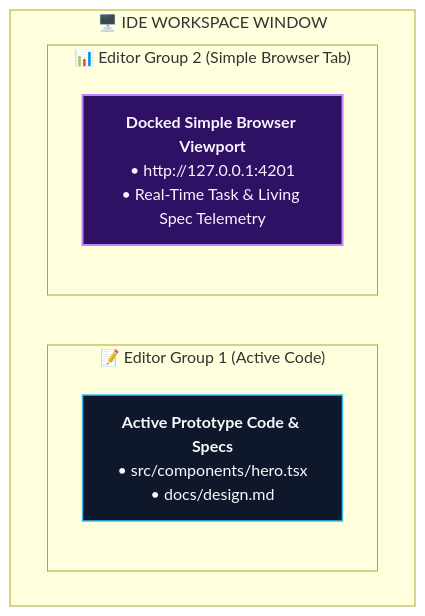
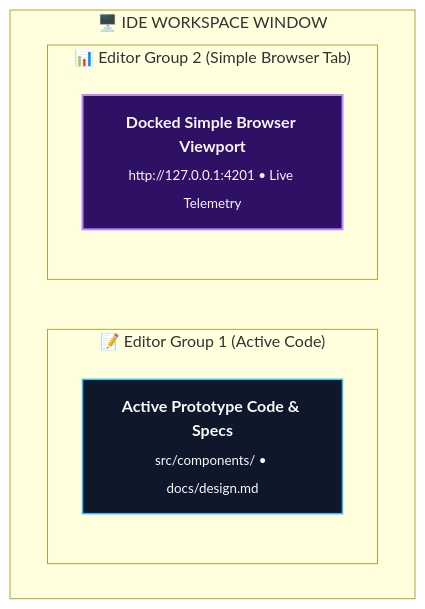
The third of 4 diagrams in Vibe-Coding-Chandan-Adhikary/Vibe-Coding/Project-Manager-Dashboard/README.md (rmsofficialsyt/Agentic-AI-Vibe-Coding-AND-SDD-TDD-Codebase-Chandan-Adhikary), drawn with Mermaid before and after one commit. The commit also changed other lines of this file and 14 other files, not shown here.

Commit message:
docs: standardize diagram card sizes, layouts, and UI sizing scale across frameworks

````diff
--- a/Vibe-Coding-Chandan-Adhikary/Vibe-Coding/Project-Manager-Dashboard/README.md
+++ b/Vibe-Coding-Chandan-Adhikary/Vibe-Coding/Project-Manager-Dashboard/README.md
@@ -102,15 +102,15 @@
 ```mermaid
 flowchart TD
     classDef code fill:#0f172a,stroke:#38bdf8,stroke-width:1.5px,color:#f8fafc;
     classDef dash fill:#2e1065,stroke:#c084fc,stroke-width:2px,color:#faf5ff;
 
     subgraph IDEWindow ["🖥️ IDE WORKSPACE WINDOW"]
         direction LR
         subgraph Col1 ["📝 Editor Group 1 (Active Code)"]
-            Code["<b>Active Prototype Code & Specs</b><br/>• src/components/hero.tsx<br/>• docs/design.md"]:::code
+            Code["<b>Active Prototype Code & Specs</b><br/><sub>src/components/ • docs/design.md</sub>"]:::code
         end
         subgraph Col2 ["📊 Editor Group 2 (Simple Browser Tab)"]
-            Dash["<b>Docked Simple Browser Viewport</b><br/>• http://127.0.0.1:4201<br/>• Real-Time Task & Living Spec Telemetry"]:::dash
+            Dash["<b>Docked Simple Browser Viewport</b><br/><sub>http://127.0.0.1:4201 • Live Telemetry</sub>"]:::dash
         end
     end
 ```
````
